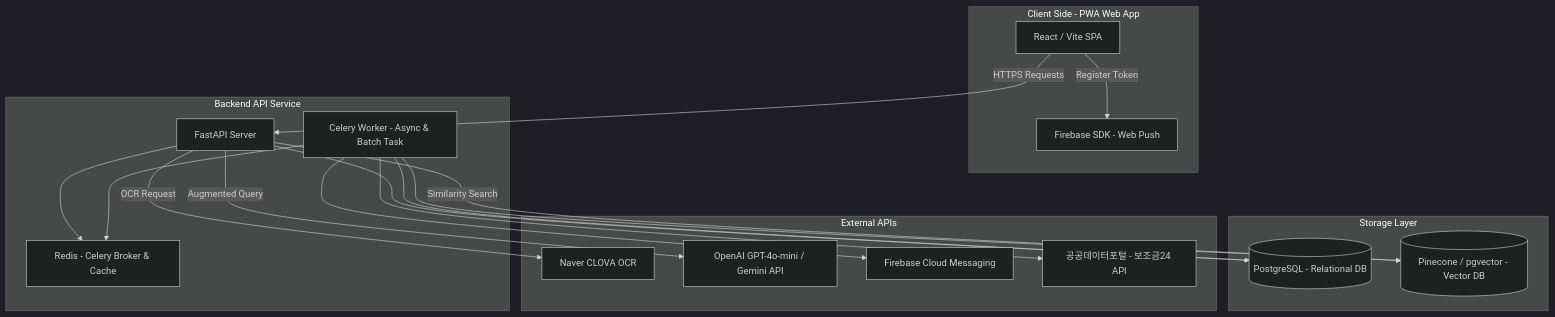
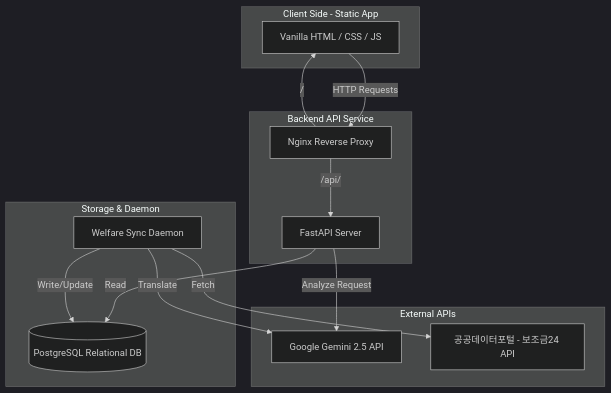
Before and after one commit to Joinjun001/K-AI-Award: the diagram in README.md, drawn with Mermaid (dark theme). The commit also changed other lines of this file, not shown here.

Commit message:
Update README.md architecture diagram and descriptions to reflect actual Gemini 2.5 and PostgreSQL MVP setup

````diff
--- a/README.md
+++ b/README.md
@@ -34,45 +34,35 @@
 ```mermaid
 graph TD
     %% Frontend
-    subgraph Client [Client Side - PWA Web App]
-        FE[React / Vite SPA]
-        FCM_SDK[Firebase SDK - Web Push]
+    subgraph Client [Client Side - Static App]
+        FE[Vanilla HTML / CSS / JS]
     end
 
     %% Backend Service
     subgraph Backend [Backend API Service]
+        PROXY[Nginx Reverse Proxy]
         API[FastAPI Server]
-        CELERY[Celery Worker - Async & Batch Task]
-        REDIS[Redis - Celery Broker & Cache]
     end
 
-    %% Storage
-    subgraph DataStore [Storage Layer]
-        DB[(PostgreSQL - Relational DB)]
-        VDB[(Pinecone / pgvector - Vector DB)]
+    %% Storage & Daemon
+    subgraph Storage [Storage & Daemon]
+        DB[(PostgreSQL Relational DB)]
+        DAEMON[Welfare Sync Daemon]
     end
 
     %% External Services
     subgraph External [External APIs]
-        OCR[Naver CLOVA OCR]
-        LLM[OpenAI GPT-4o-mini / Gemini API]
-        FCM[Firebase Cloud Messaging]
+        GEMINI[Google Gemini 2.5 API]
         GOV[공공데이터포털 - 보조금24 API]
     end
 
     %% Connections
-    FE -->|HTTPS Requests| API
-    FE -->|Register Token| FCM_SDK
-    API --> DB
-    API --> REDIS
-    CELERY --> REDIS
-    CELERY --> DB
-    CELERY --> VDB
-    CELERY --> GOV
-    CELERY --> FCM
-
-    %% RAG & AI Flow
-    API -->|OCR Request| OCR
-    API -->|Similarity Search| VDB
-    API -->|Augmented Query| LLM
+    FE -->|HTTP Requests| PROXY
+    PROXY -->|/| FE
+    PROXY -->|/api/| API
+    API -->|Read| DB
+    API -->|Analyze Request| GEMINI
+    DAEMON -->|Fetch| GOV
+    DAEMON -->|Translate| GEMINI
+    DAEMON -->|Write/Update| DB
 ```
````
